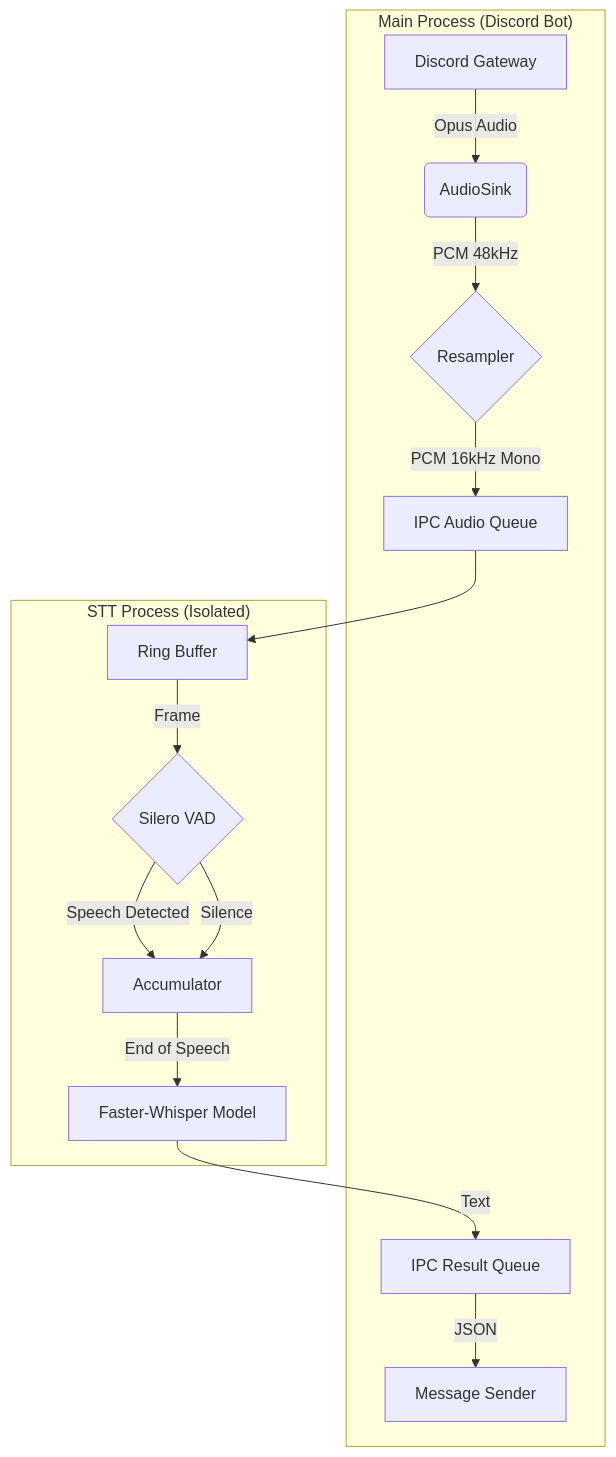
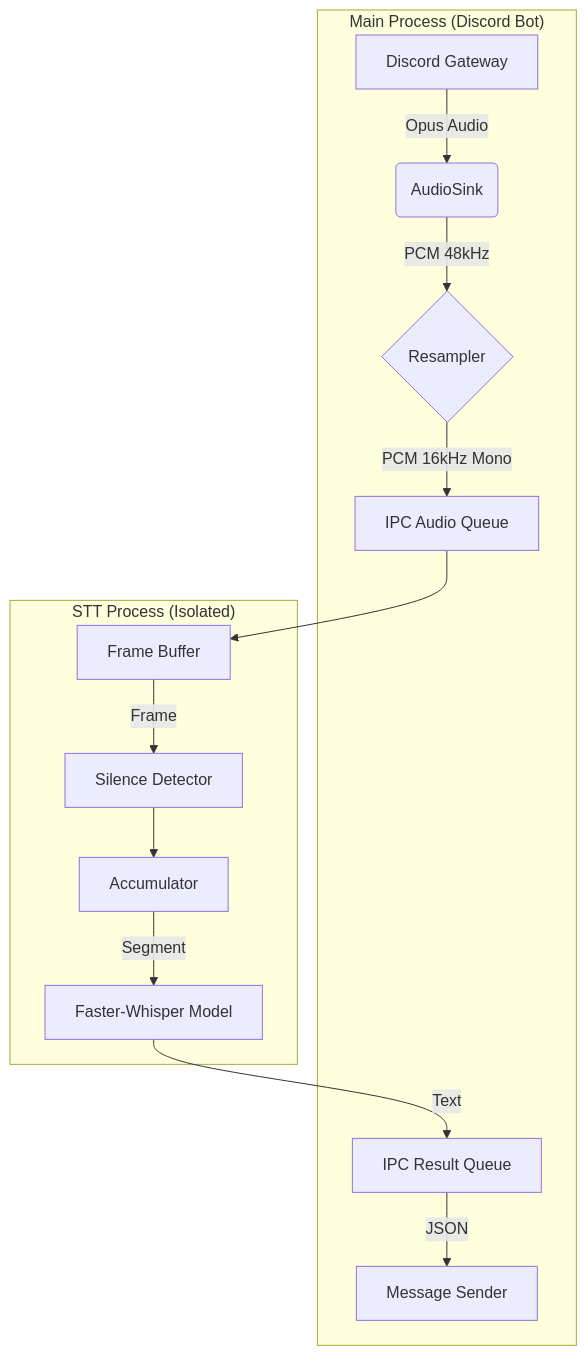
One commit to ErrorRestart-E-R/garbage-code changed the diagram in README.md. Above: the diagram before and after it, drawn with Mermaid. The commit also changed other lines of this file and 7 other files, not shown here.

````diff
--- a/README.md
+++ b/README.md
@@ -34,18 +32,17 @@
 ```mermaid
 graph TD
     subgraph "Main Process (Discord Bot)"
         A[Discord Gateway] -->|Opus Audio| B(AudioSink)
         B -->|PCM 48kHz| C{Resampler}
         C -->|PCM 16kHz Mono| D[IPC Audio Queue]
         H[IPC Result Queue] -->|JSON| I[Message Sender]
     end
 
     subgraph "STT Process (Isolated)"
-        D --> E[Ring Buffer]
-        E -->|Frame| F{Silero VAD}
-        F -- Speech Detected --> G[Accumulator]
-        F -- Silence --> G
-        G -- End of Speech --> J[Faster-Whisper Model]
+        D --> E[Frame Buffer]
+        E -->|Frame| F[Silence Detector]
+        F --> G[Accumulator]
+        G -->|Segment| J[Faster-Whisper Model]
         J -->|Text| H
     end
 ```
````
